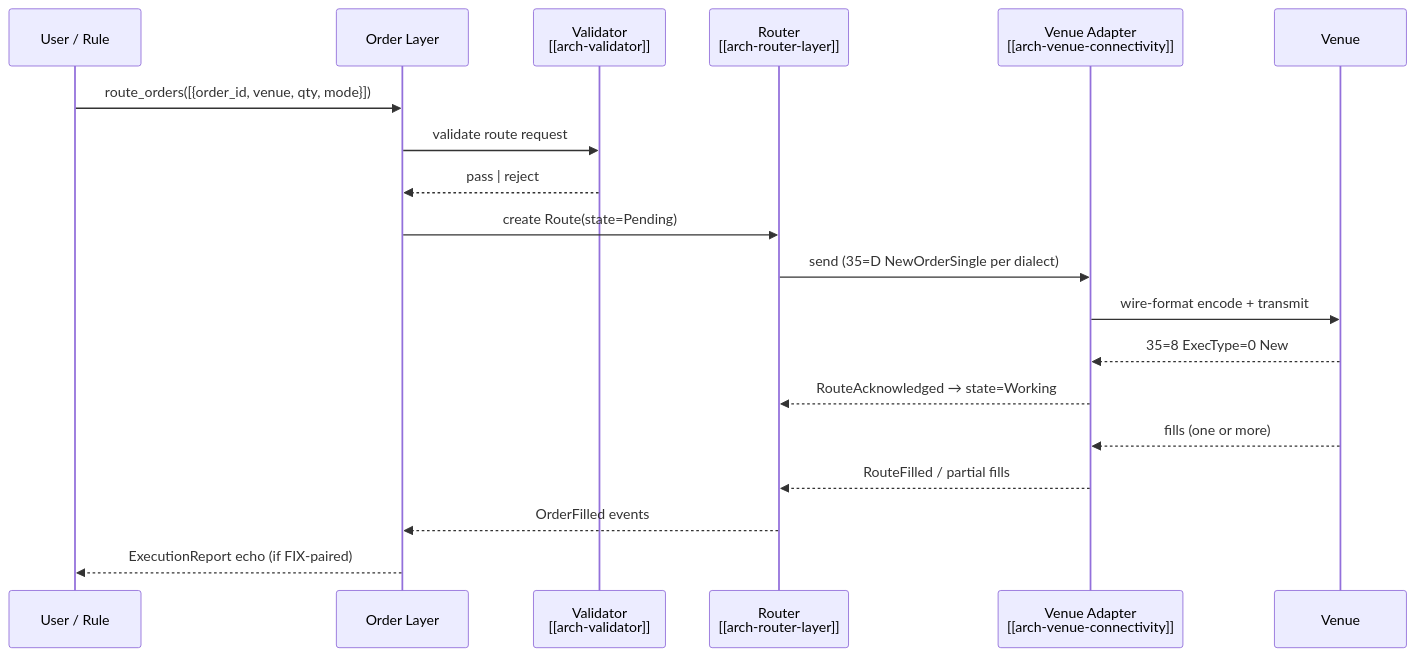
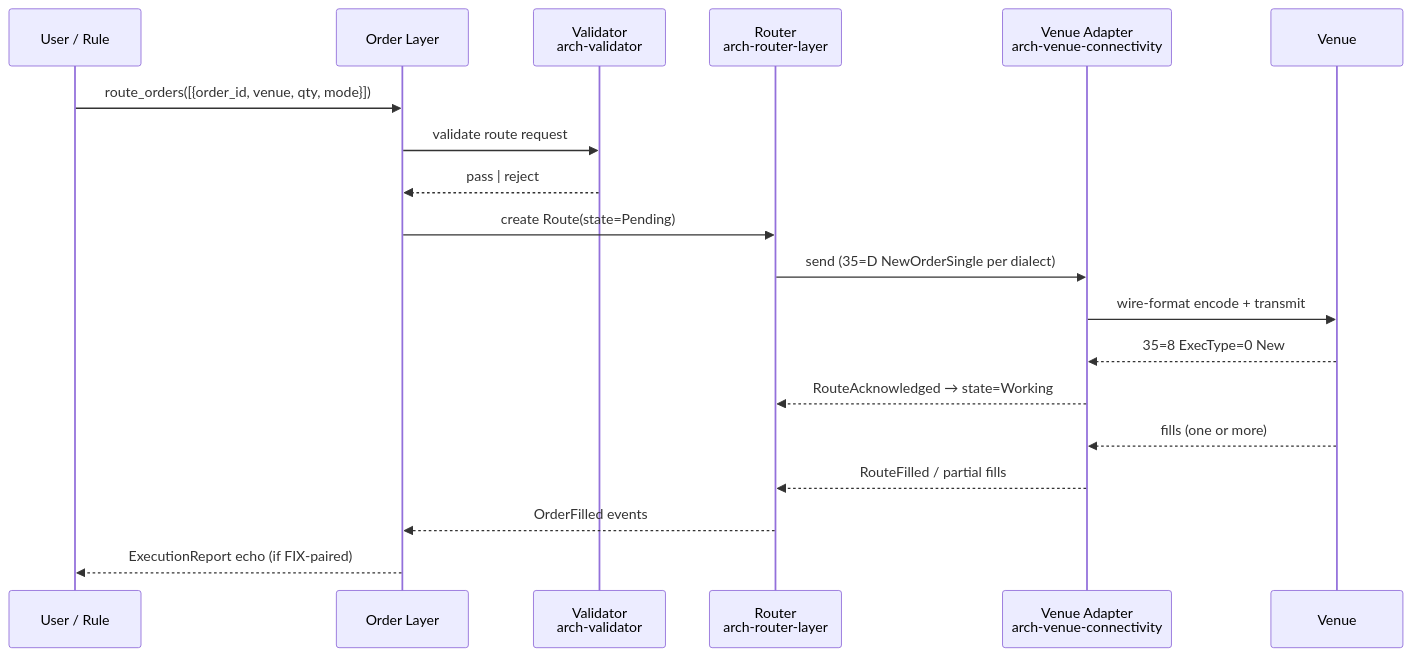
Before and after one commit to yksi7417/cross_asset_ems: the diagram in 20_workflows/routing/route-single.md, drawn with Mermaid. The commit also changed 39 other files, not shown here.

First line of the commit message:
fix: strip Obsidian wikilinks from Mermaid blocks (Quartz render bug)

````diff
--- a/20_workflows/routing/route-single.md
+++ b/20_workflows/routing/route-single.md
@@ -32,22 +32,22 @@
 ```mermaid
 sequenceDiagram
   participant U as User / Rule
   participant O as Order Layer
-  participant V as Validator<br/>[[arch-validator]]
-  participant R as Router<br/>[[arch-router-layer]]
-  participant A as Venue Adapter<br/>[[arch-venue-connectivity]]
+  participant V as Validator<br/>arch-validator
+  participant R as Router<br/>arch-router-layer
+  participant A as Venue Adapter<br/>arch-venue-connectivity
   participant X as Venue
 
   U->>O: route_orders([{order_id, venue, qty, mode}])
   O->>V: validate route request
   V-->>O: pass | reject
   O->>R: create Route(state=Pending)
   R->>A: send (35=D NewOrderSingle per dialect)
   A->>X: wire-format encode + transmit
   X-->>A: 35=8 ExecType=0 New
   A-->>R: RouteAcknowledged → state=Working
   X-->>A: fills (one or more)
   A-->>R: RouteFilled / partial fills
   R-->>O: OrderFilled events
   O-->>U: ExecutionReport echo (if FIX-paired)
 ```
````
